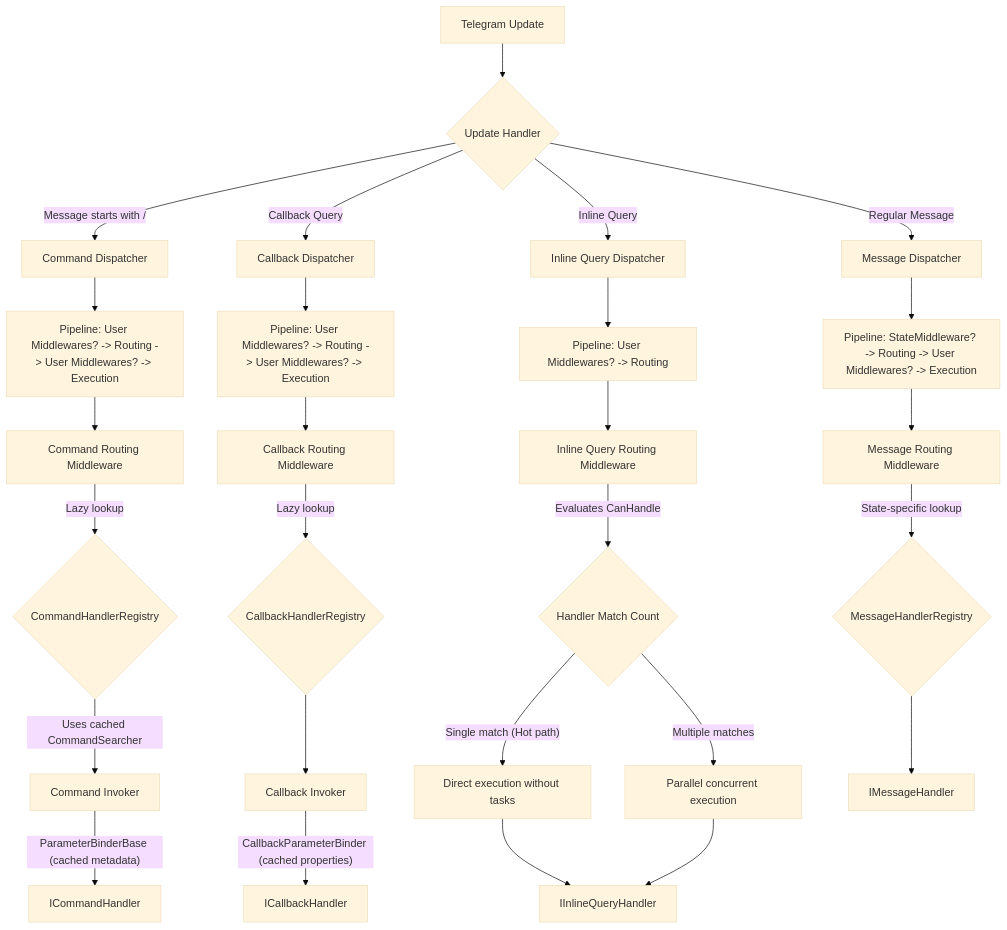
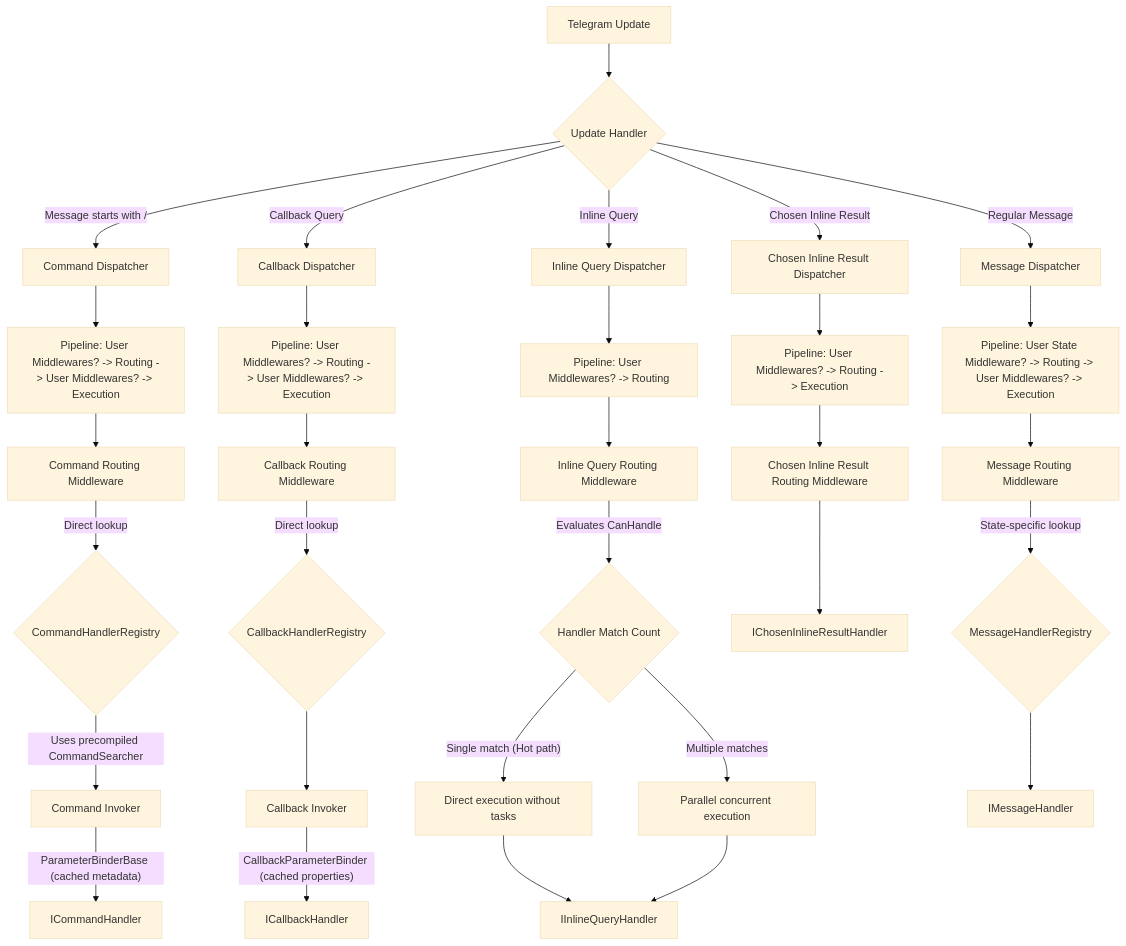
The diagram in README.md (uladzislautsimankou/telegram-botkit), drawn with Mermaid (base theme) before and after one commit. The commit also changed other lines of this file and 1 other file, not shown here.

First line of the commit message:
docs: document chosen results support

````diff
--- a/README.md
+++ b/README.md
@@ -16,37 +16,43 @@
 ```mermaid
 graph TD
     Update[Telegram Update] --> Handler{Update Handler}
     
     %% Command Flow
     Handler -- "Message starts with /" --> CmdDisp[Command Dispatcher]
     CmdDisp --> CmdPipe[Pipeline: User Middlewares? -> Routing -> User Middlewares? -> Execution]
     CmdPipe --> CmdRouter[Command Routing Middleware]
-    CmdRouter -- "Lazy lookup" --> CmdReg{CommandHandlerRegistry}
-    CmdReg -- "Uses cached CommandSearcher" --> CmdInvoker[Command Invoker]
+    CmdRouter -- "Direct lookup" --> CmdReg{CommandHandlerRegistry}
+    CmdReg -- "Uses precompiled CommandSearcher" --> CmdInvoker[Command Invoker]
     CmdInvoker -- "ParameterBinderBase (cached metadata)" --> CmdHandler[ICommandHandler]
     
     %% Callback Flow
     Handler -- Callback Query --> CbkDisp[Callback Dispatcher]
     CbkDisp --> CbkPipe[Pipeline: User Middlewares? -> Routing -> User Middlewares? -> Execution]
     CbkPipe --> CbkRouter[Callback Routing Middleware]
-    CbkRouter -- "Lazy lookup" --> CbkReg{CallbackHandlerRegistry}
+    CbkRouter -- "Direct lookup" --> CbkReg{CallbackHandlerRegistry}
     CbkReg --> CbkInvoker[Callback Invoker]
     CbkInvoker -- "CallbackParameterBinder (cached properties)" --> CbkHandler[ICallbackHandler]
 
     %% Inline Query Flow
     Handler -- Inline Query --> InlDisp[Inline Query Dispatcher]
     InlDisp --> InlPipe[Pipeline: User Middlewares? -> Routing]
     InlPipe --> InlRouter[Inline Query Routing Middleware]
     InlRouter -- "Evaluates CanHandle" --> InlExec{Handler Match Count}
     InlExec -- "Single match (Hot path)" --> InlDirect[Direct execution without tasks]
     InlExec -- "Multiple matches" --> InlParallel[Parallel concurrent execution]
     InlDirect --> InlHandler[IInlineQueryHandler]
     InlParallel --> InlHandler
 
+    %% Chosen Inline Result Flow
+    Handler -- Chosen Inline Result --> ChoDisp[Chosen Inline Result Dispatcher]
+    ChoDisp --> ChoPipe[Pipeline: User Middlewares? -> Routing -> Execution]
+    ChoPipe --> ChoRouter[Chosen Inline Result Routing Middleware]
+    ChoRouter --> ChoHandler[IChosenInlineResultHandler]
+
     %% Message Flow
     Handler -- Regular Message --> MsgDisp[Message Dispatcher]
-    MsgDisp --> MsgPipe[Pipeline: StateMiddleware? -> Routing -> User Middlewares? -> Execution]
+    MsgDisp --> MsgPipe[Pipeline: User State Middleware? -> Routing -> User Middlewares? -> Execution]
     MsgPipe --> MsgRouter[Message Routing Middleware]
     MsgRouter -- "State-specific lookup" --> MsgReg{MessageHandlerRegistry}
     MsgReg --> MsgHandler[IMessageHandler]
 ```
````
